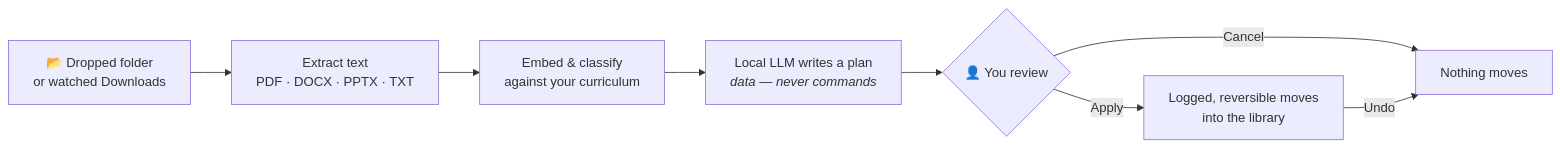
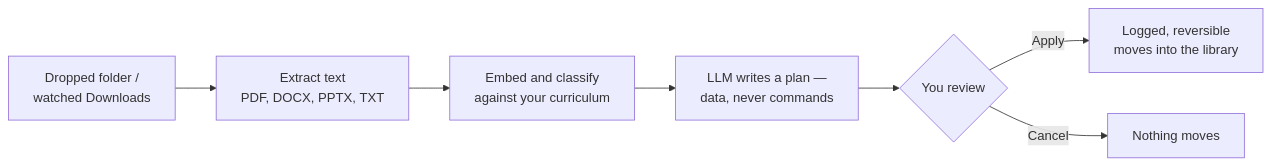
The first of 2 diagrams in README.md (me-is-mukul/Vector-Valut), drawn with Mermaid before and after one commit. The commit also changed other lines of this file, not shown here.

````diff
--- a/README.md
+++ b/README.md
@@ -40,10 +45,9 @@
 ```mermaid
 flowchart LR
-    A["📂 Dropped folder<br/>or watched Downloads"] --> B["Extract text<br/>PDF · DOCX · PPTX · TXT"]
-    B --> C["Embed & classify<br/>against your curriculum"]
-    C --> D["Local LLM writes a plan<br/><i>data — never commands</i>"]
-    D --> E{"👤 You review"}
-    E -->|Apply| F["Logged, reversible moves<br/>into the library"]
+    A["Dropped folder /<br/>watched Downloads"] --> B["Extract text<br/>PDF, DOCX, PPTX, TXT"]
+    B --> C["Embed and classify<br/>against your curriculum"]
+    C --> D["LLM writes a plan —<br/>data, never commands"]
+    D --> E{"You review"}
+    E -->|Apply| F["Logged, reversible<br/>moves into the library"]
     E -->|Cancel| G["Nothing moves"]
-    F -->|Undo| G
 ```
````
